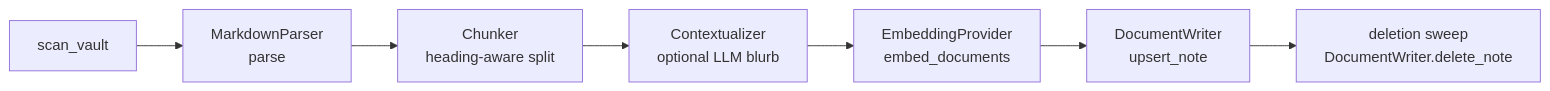
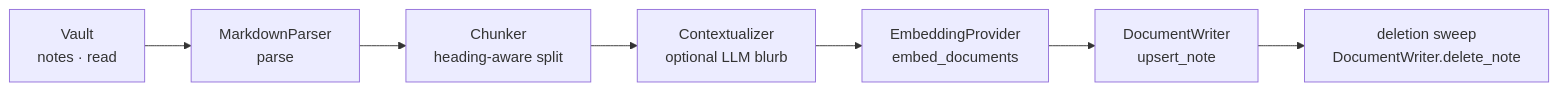
One commit to paull78/ariostea changed the second of 4 diagrams in ARCHITECTURE.md. Above: the diagram before and after it, drawn with Mermaid. The commit also changed other lines of this file and 5 other files, not shown here.

Commit message:
vault-hardening step 09: README, example config, ARCHITECTURE.md (AC-18)

````diff
--- a/ARCHITECTURE.md
+++ b/ARCHITECTURE.md
@@ -107,9 +141,9 @@
 ```mermaid
 flowchart LR
-    A[scan_vault] --> B[MarkdownParser<br/>parse]
+    A[Vault<br/>notes · read] --> B[MarkdownParser<br/>parse]
     B --> C[Chunker<br/>heading-aware split]
     C --> D[Contextualizer<br/>optional LLM blurb]
     D --> E[EmbeddingProvider<br/>embed_documents]
     E --> F[DocumentWriter<br/>upsert_note]
     F --> G[deletion sweep<br/>DocumentWriter.delete_note]
 ```
````
